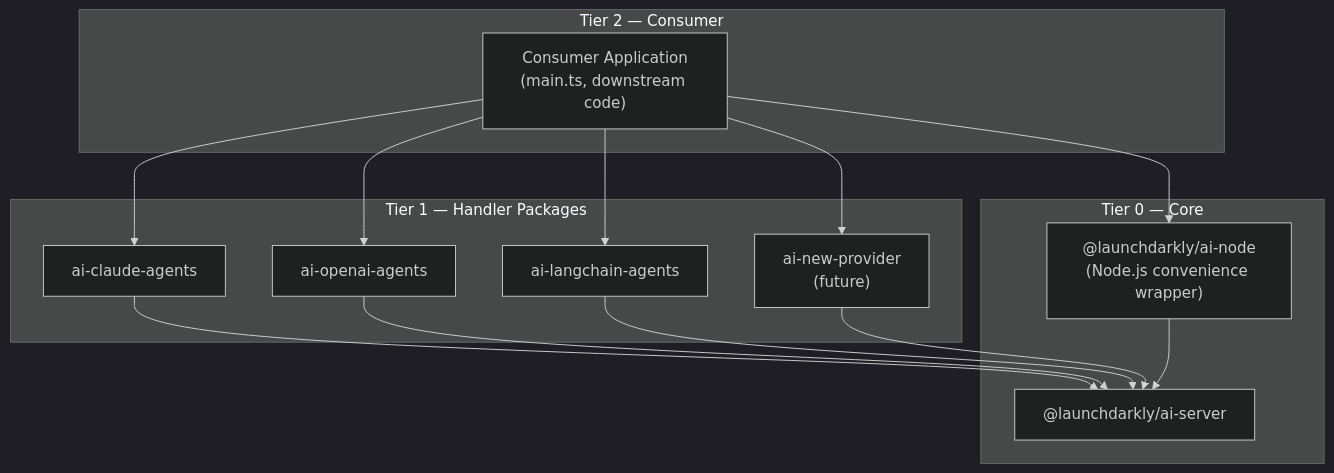
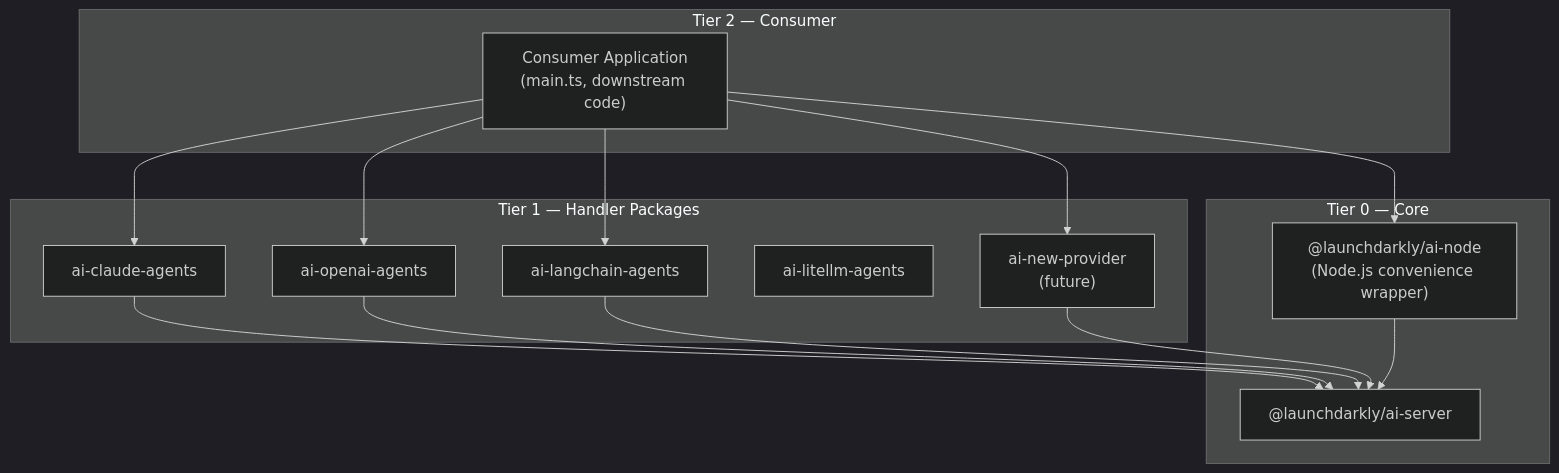
Before and after one commit to launchdarkly/js-ai-sdk: the diagram in AGENTS.md, drawn with Mermaid (dark theme). The commit also changed other lines of this file and 27 other files, not shown here.

````diff
--- a/AGENTS.md
+++ b/AGENTS.md
@@ -101,27 +101,28 @@
 ```mermaid
 graph TD
  subgraph tier2 ["Tier 2 — Consumer"]
  app["Consumer Application\n(main.ts, downstream code)"]
  end
  subgraph tier1 ["Tier 1 — Handler Packages"]
  claude["ai-claude-agents"]
  openai["ai-openai-agents"]
  langchain["ai-langchain-agents"]
+ litellm["ai-litellm-agents"]
  newHandler["ai-new-provider\n(future)"]
  end
  subgraph tier0 ["Tier 0 — Core"]
  ainode["@launchdarkly/ai-node\n(Node.js convenience wrapper)"]
  client["@launchdarkly/ai-server"]
  end
 
  app --> claude
  app --> openai
  app --> langchain
  app --> newHandler
  app --> ainode
  claude --> client
  openai --> client
  langchain --> client
  newHandler --> client
  ainode --> client
 ```
````
